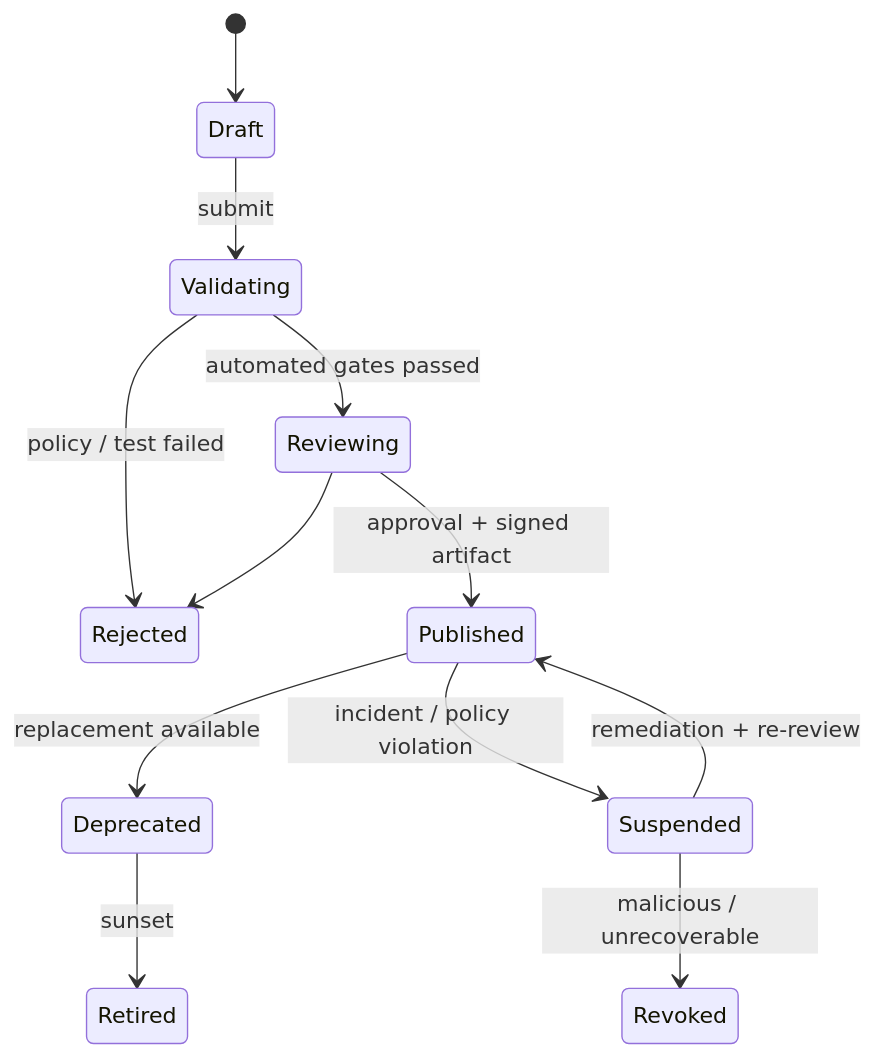
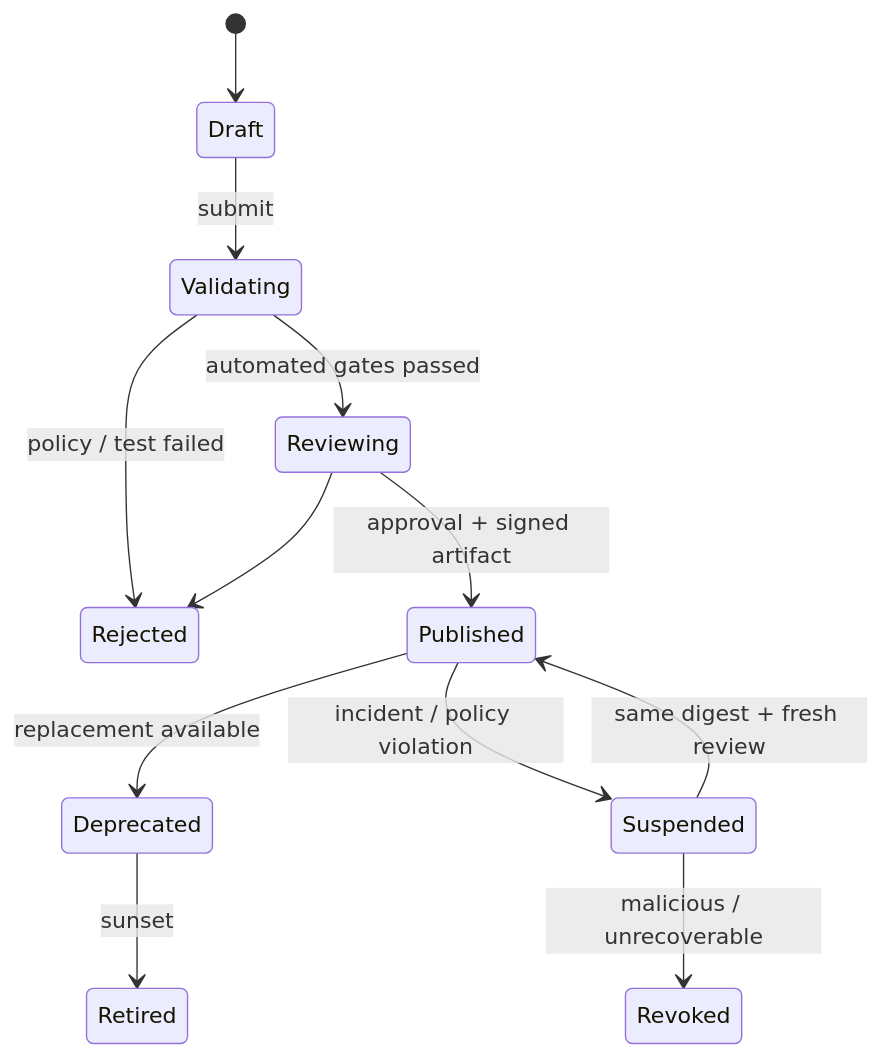
The second of 3 diagrams in docs/topics/10-ai-engineering/S-AI-14-crypto-agent-open-platform-marketplace-launchpad.md (twodog-tt/Golang-development-manual), drawn with Mermaid before and after one commit. The commit also changed other lines of this file and 28 other files, not shown here.

````diff
--- a/docs/topics/10-ai-engineering/S-AI-14-crypto-agent-open-platform-marketplace-launchpad.md
+++ b/docs/topics/10-ai-engineering/S-AI-14-crypto-agent-open-platform-marketplace-launchpad.md
@@ -173,14 +192,14 @@
 ```mermaid
 stateDiagram-v2
   [*] --> Draft
   Draft --> Validating: submit
   Validating --> Rejected: policy / test failed
   Validating --> Reviewing: automated gates passed
   Reviewing --> Published: approval + signed artifact
   Reviewing --> Rejected
   Published --> Deprecated: replacement available
   Published --> Suspended: incident / policy violation
   Deprecated --> Retired: sunset
-  Suspended --> Published: remediation + re-review
+  Suspended --> Published: same digest + fresh review
   Suspended --> Revoked: malicious / unrecoverable
 ```
````
